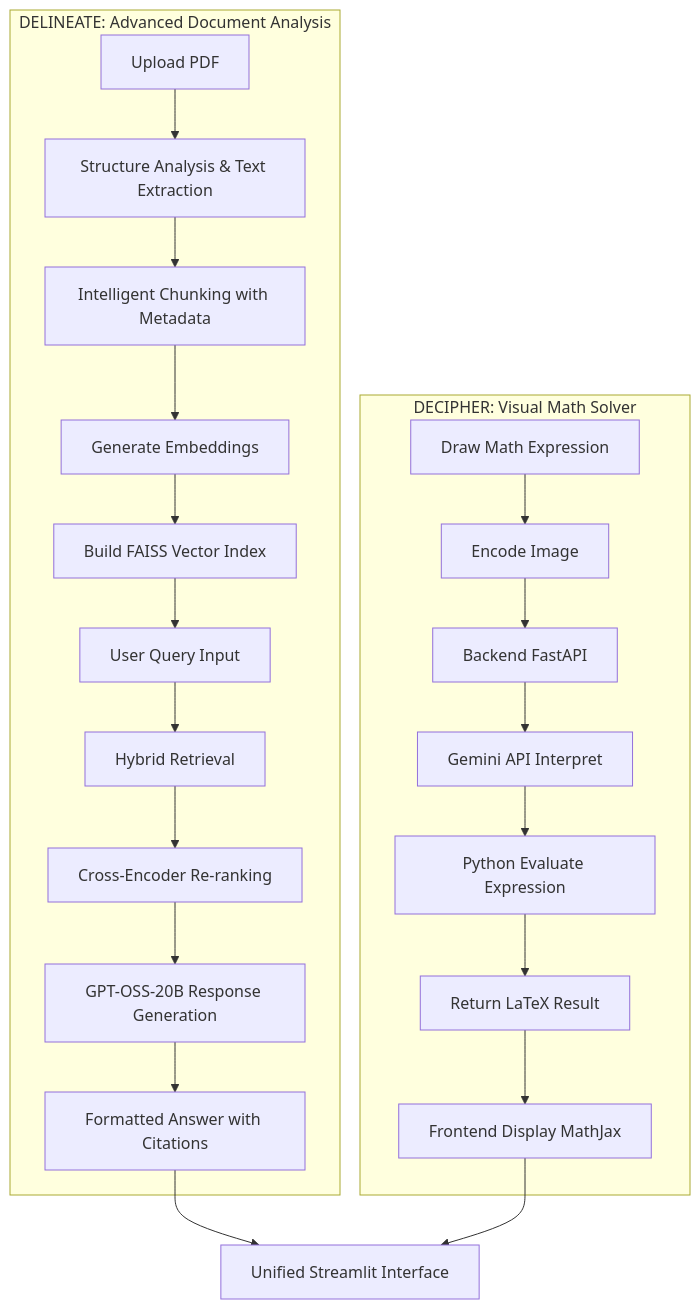
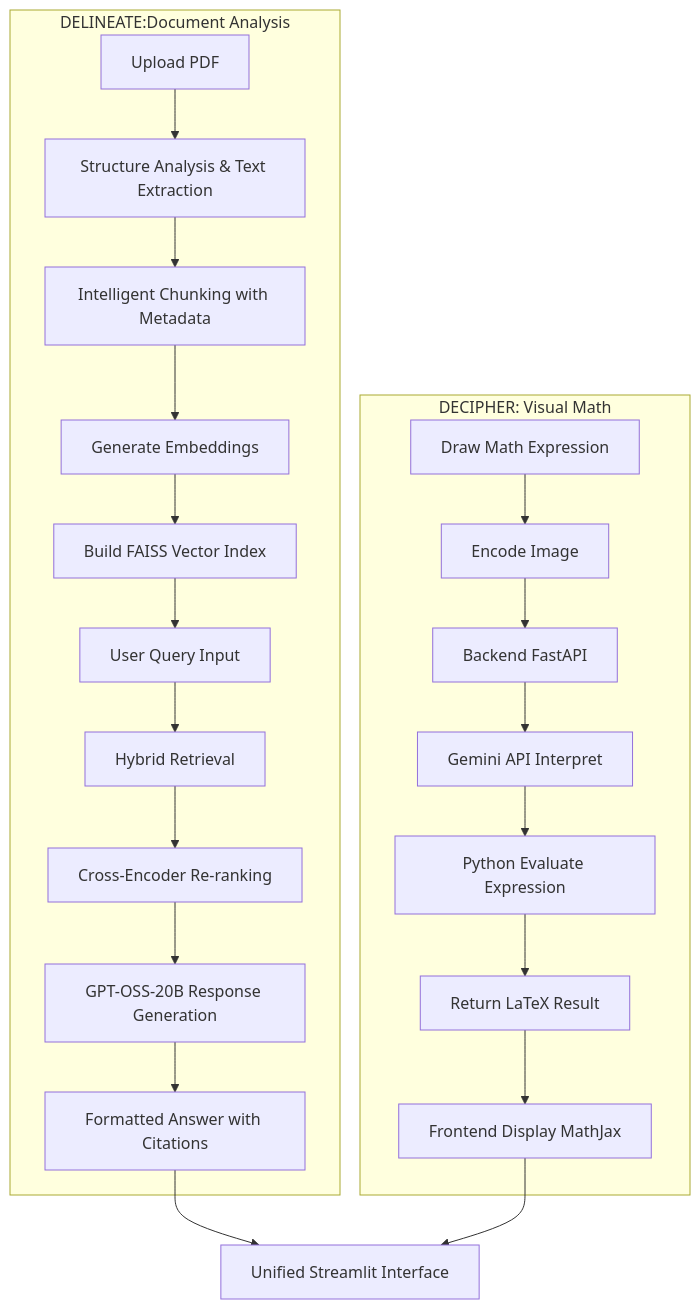
Before and after one commit to coderRohan123/DELINEATE-AND-DECIPHER: the diagram in README.md, drawn with Mermaid.

````diff
--- a/README.md
+++ b/README.md
@@ -221,26 +221,26 @@
 ```mermaid
 graph TD
-    subgraph Delineate["DELINEATE: Advanced Document Analysis"]
+    subgraph Delineate["DELINEATE:Document Analysis"]
         A["Upload PDF"] --> B["Structure Analysis & Text Extraction"]
         B --> C["Intelligent Chunking with Metadata"]
         C --> D["Generate Embeddings"]
         D --> E["Build FAISS Vector Index"]
         E --> F["User Query Input"]
         F --> G["Hybrid Retrieval"]
         G --> H["Cross-Encoder Re-ranking"]
         H --> I["GPT-OSS-20B Response Generation"]
         I --> J["Formatted Answer with Citations"]
     end
 
-    subgraph Decipher["DECIPHER: Visual Math Solver"]
+    subgraph Decipher["DECIPHER: Visual Math"]
         K["Draw Math Expression"] --> L["Encode Image"]
         L --> M["Backend FastAPI"]
         M --> N["Gemini API Interpret"]
         N --> O["Python Evaluate Expression"]
         O --> P["Return LaTeX Result"]
         P --> Q["Frontend Display MathJax"]
     end
 
     J --> R["Unified Streamlit Interface"]
     Q --> R
 ```
````
